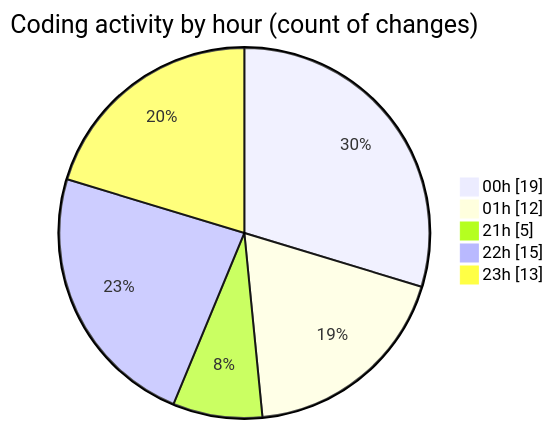
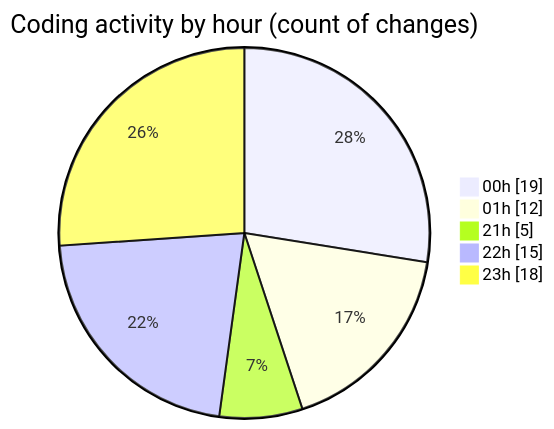
Before and after one commit to hasnaa123/code-tracking: the second of 2 diagrams in 2025-12-11/technologie_web/README.md, drawn with Mermaid. The commit also changed other lines of this file and 1 other file, not shown here.

````diff
--- a/2025-12-11/technologie_web/README.md
+++ b/2025-12-11/technologie_web/README.md
@@ -33,9 +33,9 @@
 ```mermaid
 pie showData
 title Coding activity by hour (count of changes)
 "00h" : 19
 "01h" : 12
 "21h" : 5
 "22h" : 15
-"23h" : 13
+"23h" : 18
 ```
````
